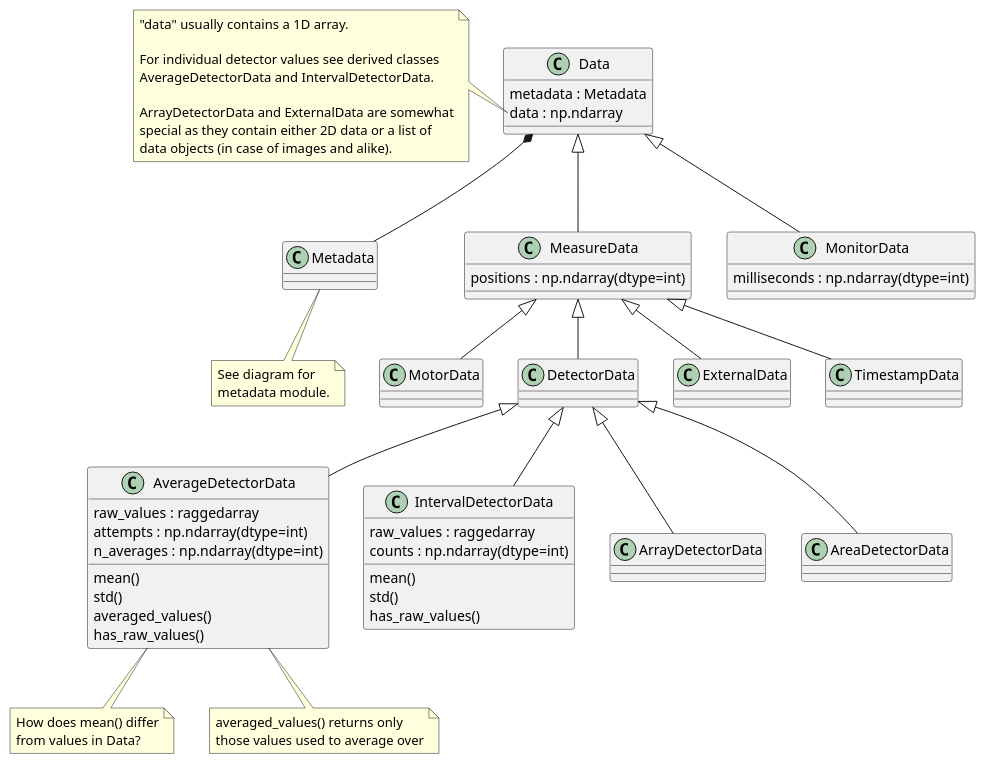
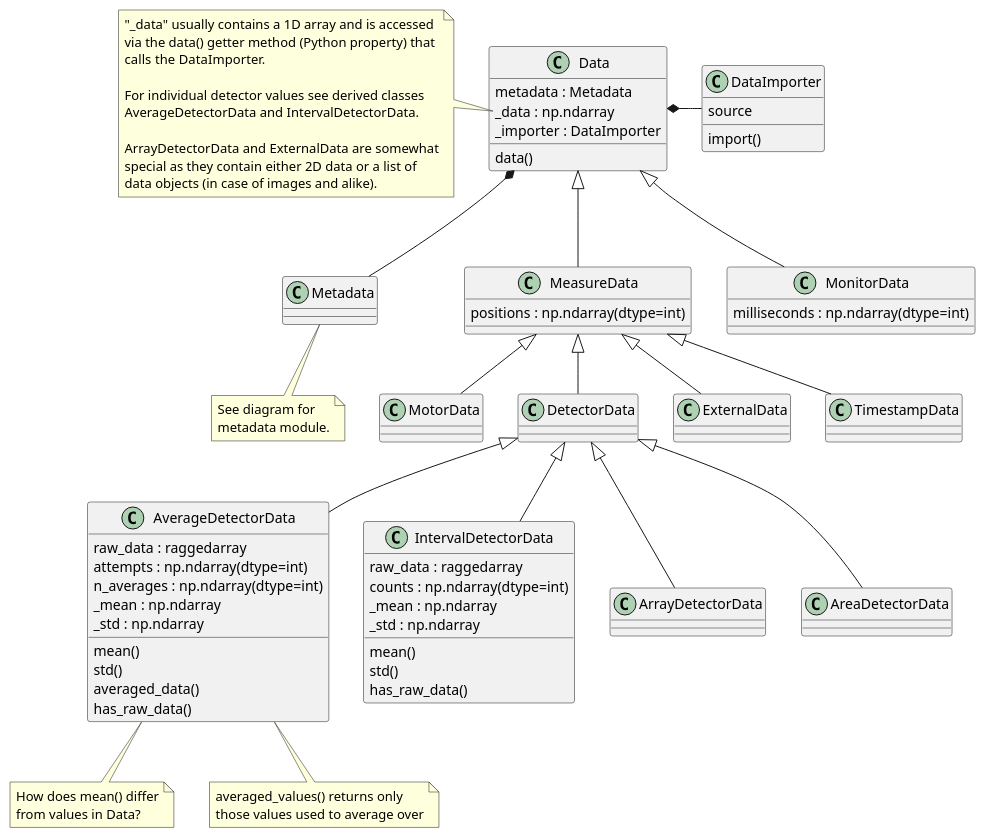
Before and after one commit to tillbiskup/evedata: the diagram in docs/uml/evedata.evefile.data.puml, drawn with PlantUML. The commit also changed 3 other files, not shown here.

Commit message:
Add DataImporter to evefile.data UML diagram

```diff
--- a/docs/uml/evedata.evefile.data.puml
+++ b/docs/uml/evedata.evefile.data.puml
@@ -1,70 +1,84 @@
 @startuml
 'skinparam dpi 150
 
 class Data {
     metadata : Metadata
-    data : np.ndarray
+    _data : np.ndarray
+    _importer : DataImporter
+    data()
 }
-note left of Data::data
-    "data" usually contains a 1D array.
+note left of Data::_data
+    "_data" usually contains a 1D array and is accessed
+    via the data() getter method (Python property) that
+    calls the DataImporter.
 
     For individual detector values see derived classes
     AverageDetectorData and IntervalDetectorData.
 
     ArrayDetectorData and ExternalData are somewhat
     special as they contain either 2D data or a list of
     data objects (in case of images and alike).
 end note
 
+class DataImporter {
+    source
+    import()
+}
+
 class Metadata {
 }
 note bottom: See diagram for\nmetadata module.
+
+Data *- DataImporter
+Data *-- Metadata
 
 class MeasureData extends Data {
     {field} positions : np.ndarray(dtype=int)
 }
 
 class MonitorData extends Data {
     {field} milliseconds : np.ndarray(dtype=int)
 }
 
 class MotorData extends MeasureData {
 }
 
 class DetectorData extends MeasureData {
 }
 
 class ExternalData extends MeasureData {}
 
 class TimestampData extends MeasureData {
 }
 
 class AverageDetectorData extends DetectorData {
-    raw_values : raggedarray
+    raw_data : raggedarray
     {field} attempts : np.ndarray(dtype=int)
     {field} n_averages : np.ndarray(dtype=int)
+    _mean : np.ndarray
+    _std : np.ndarray
     mean()
     std()
-    averaged_values()
-    has_raw_values()
+    averaged_data()
+    has_raw_data()
 }
 note bottom: How does mean() differ\nfrom values in Data?
 note bottom of AverageDetectorData: averaged_values() returns only\nthose values used to average over
 
 class IntervalDetectorData extends DetectorData {
-    raw_values : raggedarray
+    raw_data : raggedarray
     {field} counts : np.ndarray(dtype=int)
+    _mean : np.ndarray
+    _std : np.ndarray
     mean()
     std()
-    has_raw_values()
+    has_raw_data()
 }
 
 class ArrayDetectorData extends DetectorData {
 }
 
 class AreaDetectorData extends DetectorData {
 }
 
-Data *-- Metadata
-
 @enduml
```
